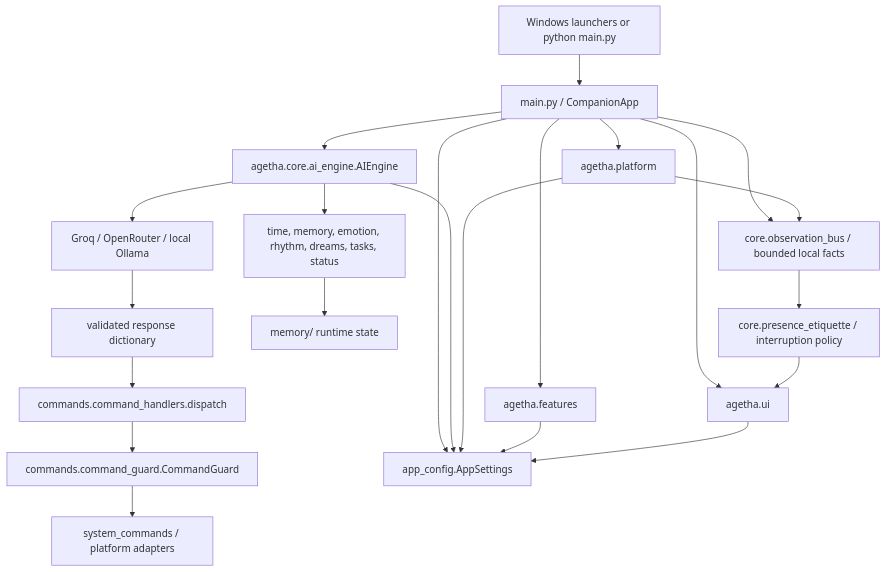
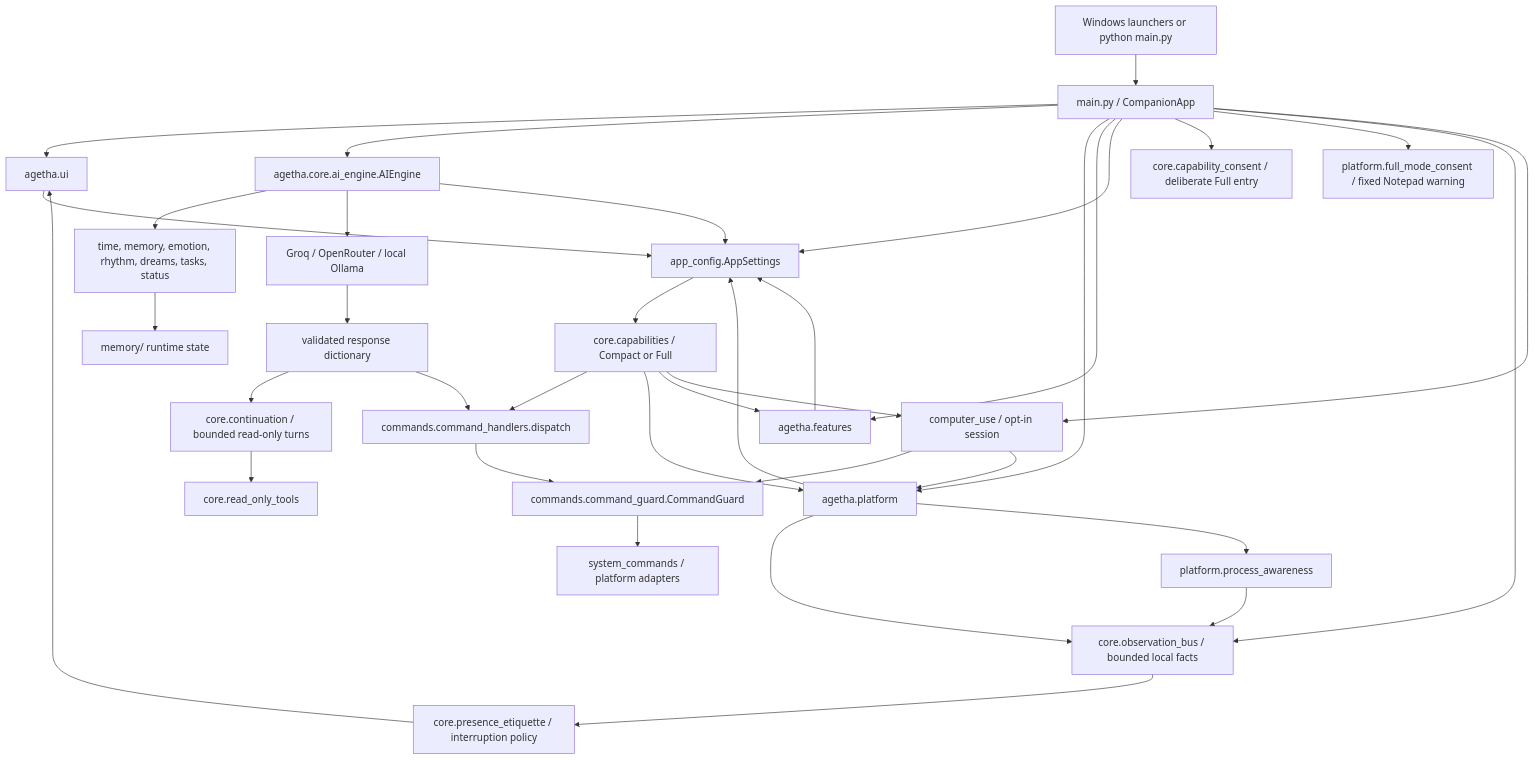
Before and after one commit to SiriusNovyx/Agetha.exe: the diagram in docs/architecture.md, drawn with Mermaid. The commit also changed other lines of this file and 81 other files, not shown here.

Commit message:
Add guarded desktop awareness and capability profiles

````diff
--- a/docs/architecture.md
+++ b/docs/architecture.md
@@ -9,24 +9,38 @@
 ```mermaid
 flowchart TD
     Launch["Windows launchers or python main.py"] --> Main["main.py / CompanionApp"]
     Main --> UI["agetha.ui"]
     Main --> Engine["agetha.core.ai_engine.AIEngine"]
     Main --> Platform["agetha.platform"]
     Main --> Features["agetha.features"]
     Engine --> Prompt["time, memory, emotion, rhythm, dreams, tasks, status"]
     Engine --> Provider["Groq / OpenRouter / local Ollama"]
     Provider --> Parse["validated response dictionary"]
+    Parse --> Continue["core.continuation / bounded read-only turns"]
+    Continue --> ReadTools["core.read_only_tools"]
     Parse --> Dispatch["commands.command_handlers.dispatch"]
     Dispatch --> Guard["commands.command_guard.CommandGuard"]
     Guard --> OS["system_commands / platform adapters"]
     Prompt --> State["memory/ runtime state"]
     Main --> Config["app_config.AppSettings"]
+    Config --> Capability["core.capabilities / Compact or Full"]
+    Main --> Consent["core.capability_consent / deliberate Full entry"]
+    Main --> Demo["platform.full_mode_consent / fixed Notepad warning"]
+    Capability --> Dispatch
+    Capability --> Platform
+    Capability --> Features
+    Capability --> Computer
     Engine --> Config
     Platform --> Config
     Features --> Config
     UI --> Config
     Main --> Bus["core.observation_bus / bounded local facts"]
     Bus --> Presence["core.presence_etiquette / interruption policy"]
     Platform --> Bus
     Presence --> UI
+    Platform --> Process["platform.process_awareness"]
+    Process --> Bus
+    Main --> Computer["computer_use / opt-in session"]
+    Computer --> Guard
+    Computer --> Platform
 ```
````
